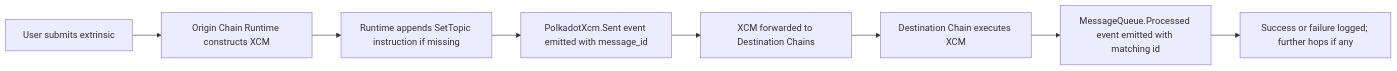
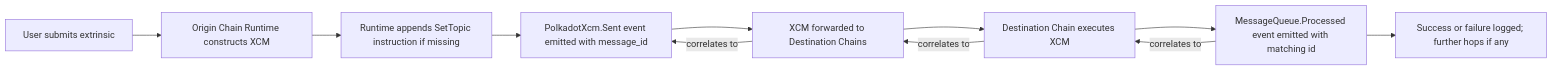
One commit to polkadot-developers/polkadot-docs changed the diagram in tutorials/interoperability/xcm-observability.md. Above: the diagram before and after it, drawn with Mermaid. The commit also changed 1 other file, not shown here.

Commit message:
Update flowchart

````diff
--- a/tutorials/interoperability/xcm-observability.md
+++ b/tutorials/interoperability/xcm-observability.md
@@ -125,10 +125,14 @@
 ```mermaid
 flowchart LR
     A[User submits extrinsic] --> B[Origin Chain Runtime constructs XCM]
-    B --> C["Runtime appends SetTopic instruction if missing"]
+    B --> C[Runtime appends SetTopic instruction if missing]
     C --> D[PolkadotXcm.Sent event emitted with message_id]
     D --> E[XCM forwarded to Destination Chains]
     E --> F[Destination Chain executes XCM]
     F --> G[MessageQueue.Processed event emitted with matching id]
     G --> H[Success or failure logged; further hops if any]
+
+    G -->|correlates to| F
+    F -->|correlates to| E
+    E -->|correlates to| D
 ```
````
